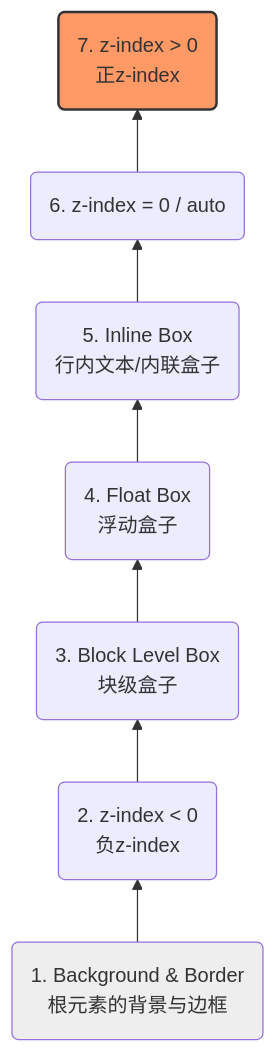
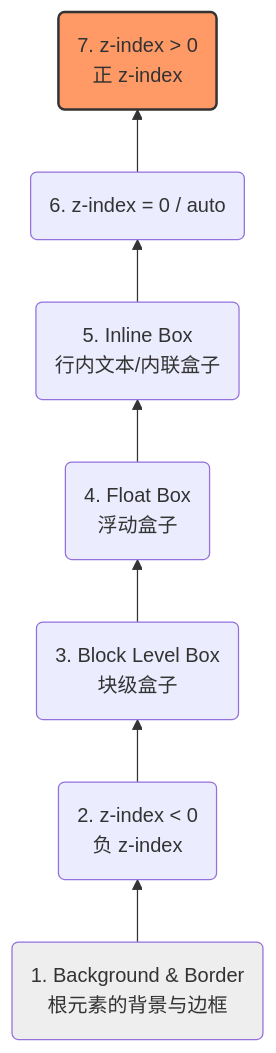
Before and after one commit to mengzhu-mmc/web-notes: the second of 3 diagrams in 01-HTML-CSS/01-底层渲染与机制/深入理解浏览器渲染机制与CSS底层模型.md, drawn with Mermaid. The commit also changed other lines of this file and 1 other file, not shown here.

Commit message:
fix(mermaid): 转义节点/边标签中的特殊字符以修复 Obsidian 渲染
- 七阶层叠顺序图: z-index < 0 / > 0 的裸尖括号改为 &lt; / &gt;,节点统一加引号
- 包含块判定图: 含 / ? 的节点文本加双引号包裹
- 排序算法决策图: 边标签 '小数组 n<20' 的裸 < 转义为 &lt;
- Prettier 顺带规整该文件既有对比表格列宽

````diff
--- a/01-HTML-CSS/01-底层渲染与机制/深入理解浏览器渲染机制与CSS底层模型.md
+++ b/01-HTML-CSS/01-底层渲染与机制/深入理解浏览器渲染机制与CSS底层模型.md
@@ -126,12 +126,12 @@
 ```mermaid
 graph BT
-    A(1. Background & Border<br>根元素的背景与边框) --> B(2. z-index < 0<br>负z-index)
-    B --> C(3. Block Level Box<br>块级盒子)
-    C --> D(4. Float Box<br>浮动盒子)
-    D --> E(5. Inline Box<br>行内文本/内联盒子)
-    E --> F(6. z-index = 0 / auto)
-    F --> G(7. z-index > 0<br>正z-index)
+    A("1. Background & Border<br>根元素的背景与边框") --> B("2. z-index &lt; 0<br>负 z-index")
+    B --> C("3. Block Level Box<br>块级盒子")
+    C --> D("4. Float Box<br>浮动盒子")
+    D --> E("5. Inline Box<br>行内文本/内联盒子")
+    E --> F("6. z-index = 0 / auto")
+    F --> G("7. z-index &gt; 0<br>正 z-index")
 
     style A fill:#eee
     style G fill:#f96,stroke:#333,stroke-width:2px
 ```
````
